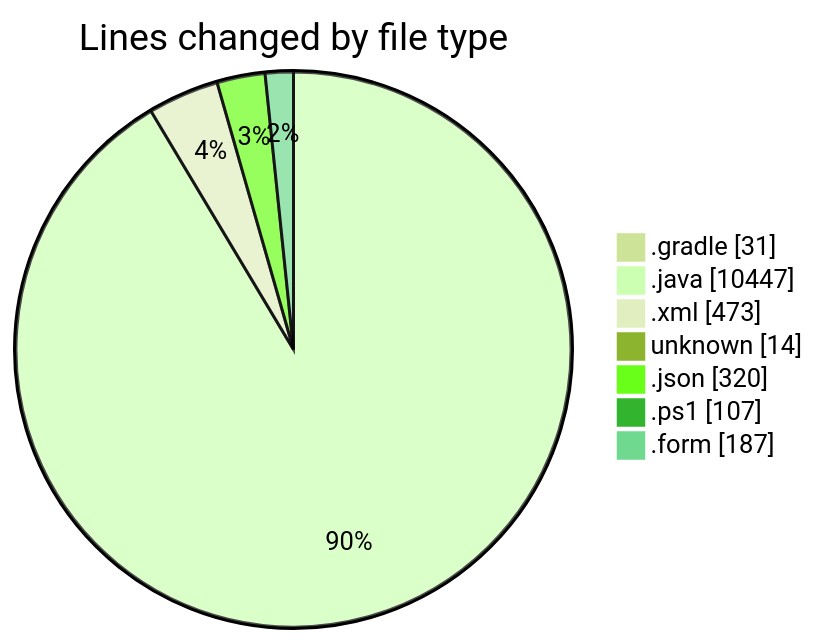
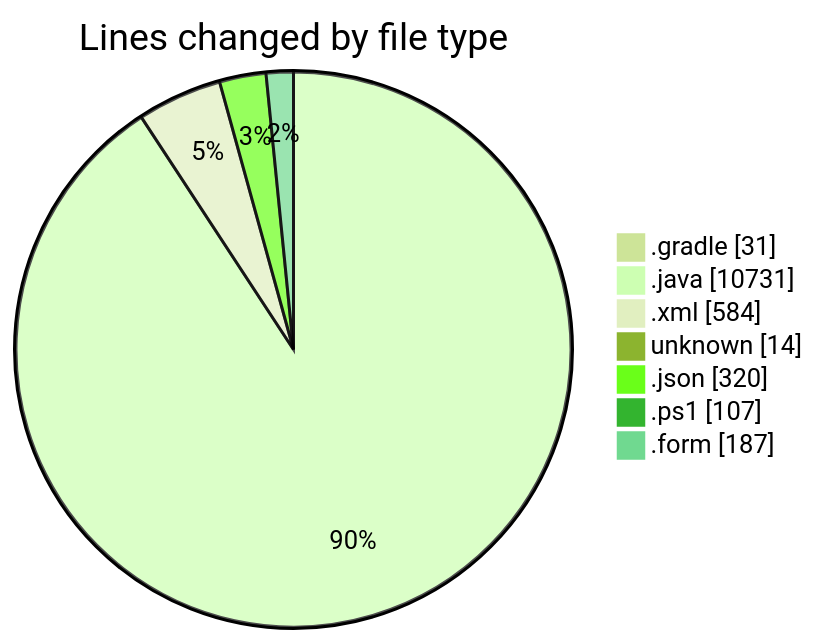
One commit to charlie-sans/code-tracking changed the first of 2 diagrams in 2025-02-21/micros/README.md. Above: the diagram before and after it, drawn with Mermaid (forest theme). The commit also changed other lines of this file and 1 other file, not shown here.

````diff
--- a/2025-02-21/micros/README.md
+++ b/2025-02-21/micros/README.md
@@ -78,11 +79,11 @@
 ```mermaid
 pie showData
 title Lines changed by file type
 ".gradle" : 31
-".java" : 10447
-".xml" : 473
+".java" : 10731
+".xml" : 584
 "unknown" : 14
 ".json" : 320
 ".ps1" : 107
 ".form" : 187
 ```
````
